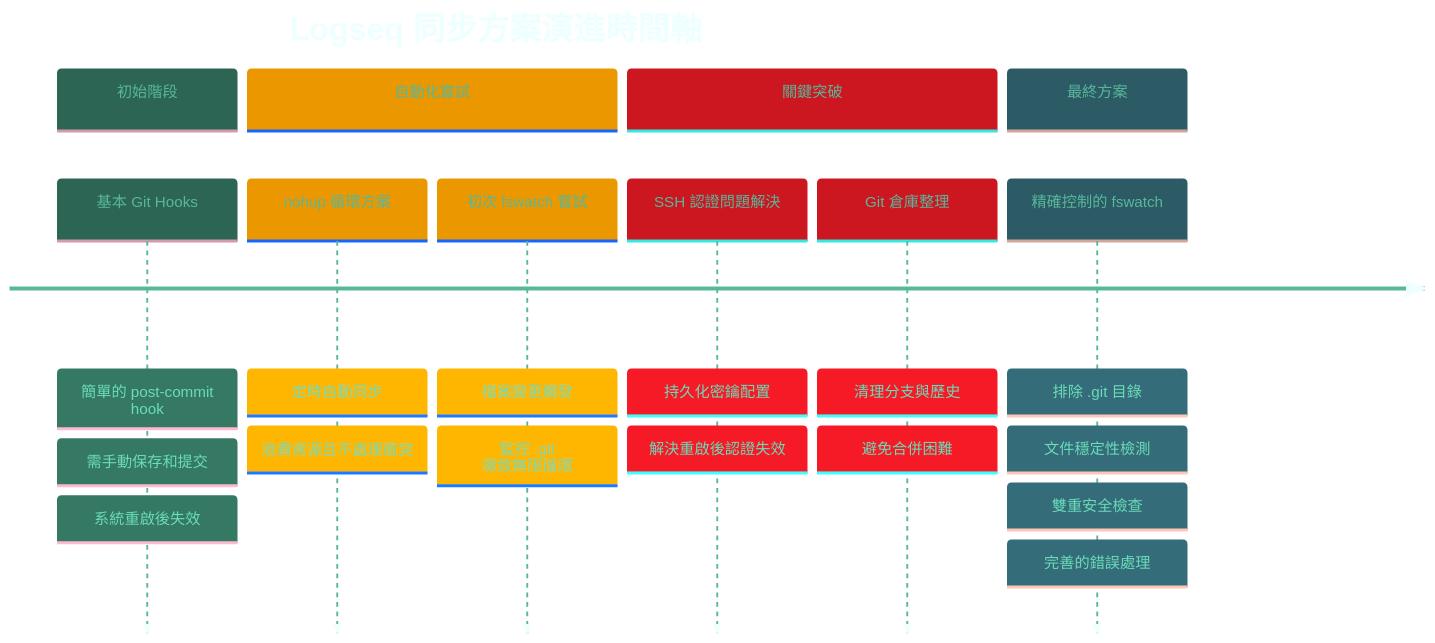
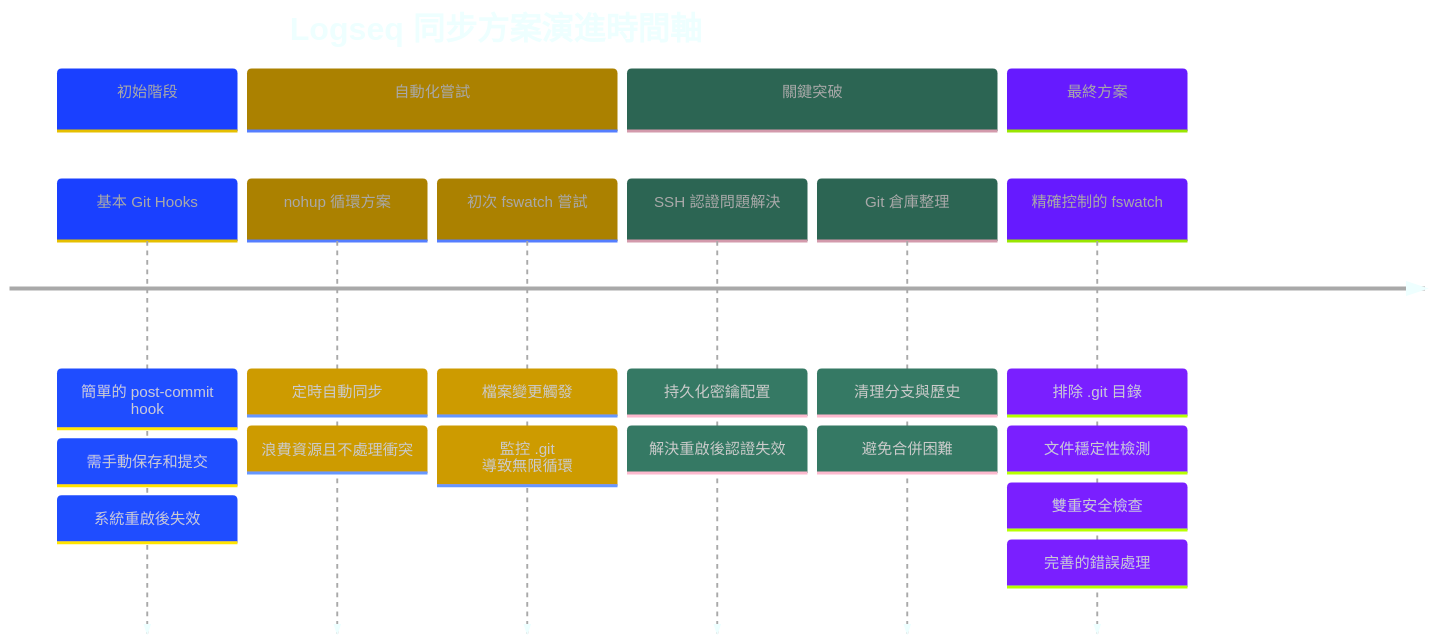
One commit to GengGeng026/Sync-Logseq changed the first of 2 diagrams in Logseq同步方案演進記錄.md. Above: the diagram before and after it, drawn with Mermaid. The commit also changed other lines of this file, not shown here.

````diff
--- a/Logseq同步方案演進記錄.md
+++ b/Logseq同步方案演進記錄.md
@@ -24,44 +24,43 @@
 ```mermaid
 %%{init: {
   'theme': 'base', 
   'themeVariables': {
-    'primaryColor': '#59B79A',
-    'primaryTextColor': '#59B79A',
+    'primaryColor': '#99AAFF',
+    'secondaryColor': '#FFCB2B',
+    'tertiaryColor': '#59B79A',
+    'primaryTextColor': 'darkgrey',
     'primaryBorderColor': '#59B79A',
-    'lineColor': '#C792EA',
-    'secondaryColor': '#FFCB6B',
-    'tertiaryColor': '#F07178',
     'background': 'transparent',
     'textColor': '#EEFFFF',
     'nodeBorder': '#59B79A',
     'clusterBkg': 'transparent',
     'titleColor': '#EEFFFF',
     'sectionBkgColor': '#273747',
     'sectionBkgColor2': '#334455',
     'sectionBkgColor3': '#3A4A5A',
     'sectionBkgColor4': '#42546A',
     'sectionBkgColor5': '#4B5E78'
   }
 }}%%
 timeline
     title Logseq 同步方案演進時間軸
     section 初始階段
         基本 Git Hooks : 簡單的 post-commit hook
         : 需手動保存和提交
         : 系統重啟後失效
     section 自動化嘗試
         nohup 循環方案 : 定時自動同步
         : 浪費資源且不處理衝突
         初次 fswatch 嘗試 : 檔案變更觸發
         : 監控 .git 導致無限循環
     section 關鍵突破
         SSH 認證問題解決 : 持久化密鑰配置
         : 解決重啟後認證失效
         Git 倉庫整理 : 清理分支與歷史
         : 避免合併困難
     section 最終方案
         精確控制的 fswatch : 排除 .git 目錄
         : 文件穩定性檢測
         : 雙重安全檢查
         : 完善的錯誤處理
 ```
````
